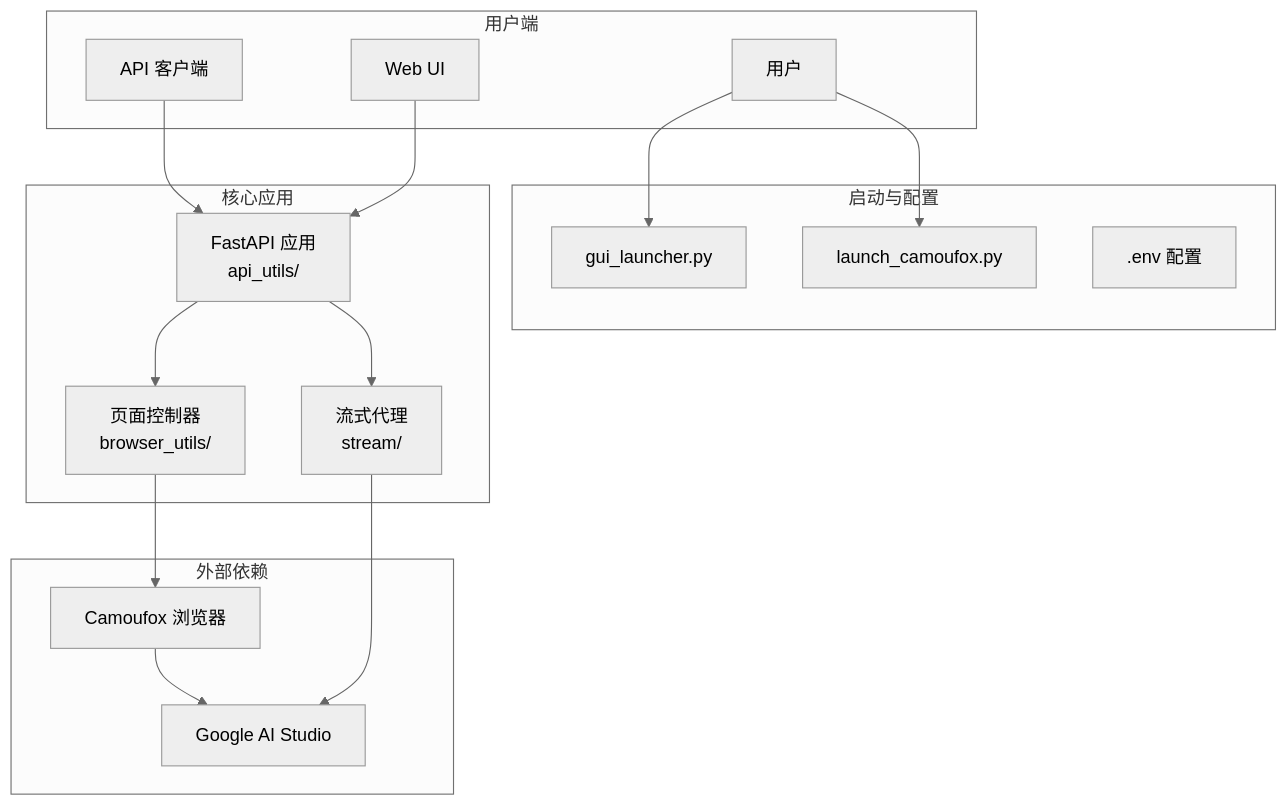
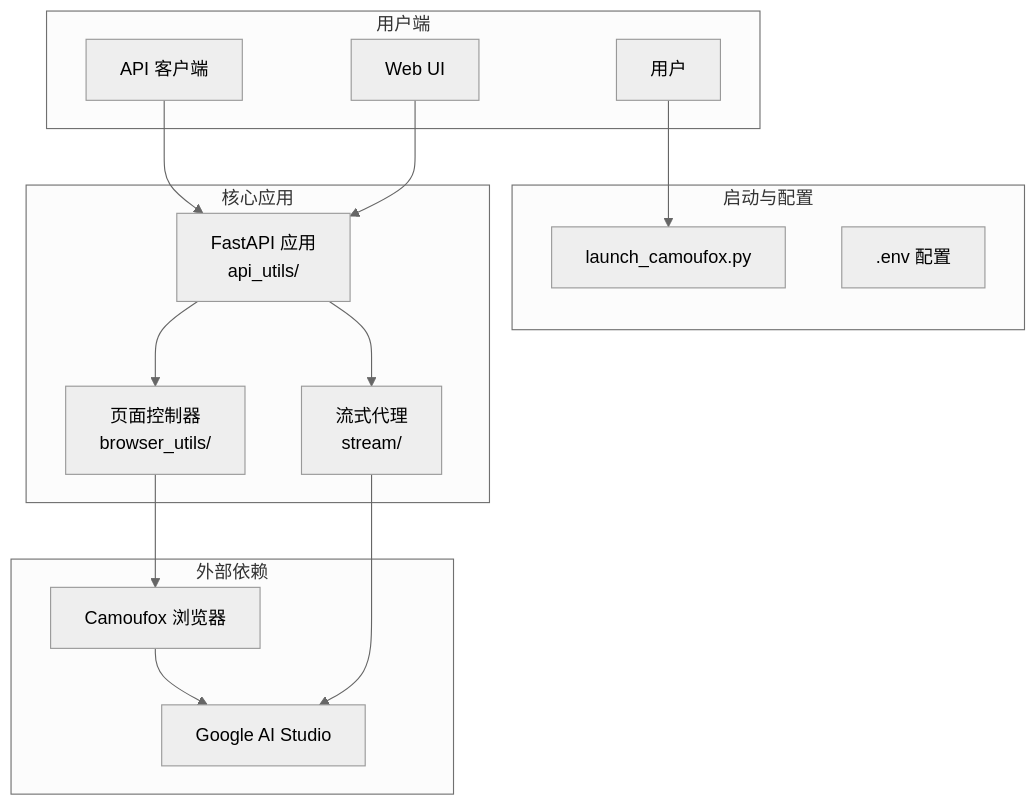
Before and after one commit to kiss2u/AIstudioProxyAPI: the diagram in README.md, drawn with Mermaid (neutral theme). The commit also changed other lines of this file and 9 other files, not shown here.

````diff
--- a/README.md
+++ b/README.md
@@ -75,31 +74,30 @@
 ```mermaid
 graph TD
     subgraph "用户端"
         User["用户"]
         WebUI["Web UI"]
         API_Client["API 客户端"]
     end
 
     subgraph "启动与配置"
-        GUI_Launch["gui_launcher.py"]
         CLI_Launch["launch_camoufox.py"]
         EnvConfig[".env 配置"]
     end
 
     subgraph "核心应用"
         FastAPI_App["FastAPI 应用<br/>api_utils/"]
         PageController["页面控制器<br/>browser_utils/"]
         StreamProxy["流式代理<br/>stream/"]
     end
 
     subgraph "外部依赖"
         CamoufoxInstance["Camoufox 浏览器"]
         AI_Studio["Google AI Studio"]
     end
 
-    User --> GUI_Launch & CLI_Launch
+    User --> CLI_Launch
     API_Client & WebUI --> FastAPI_App
     FastAPI_App --> PageController & StreamProxy
     PageController --> CamoufoxInstance --> AI_Studio
     StreamProxy --> AI_Studio
 ```
````
